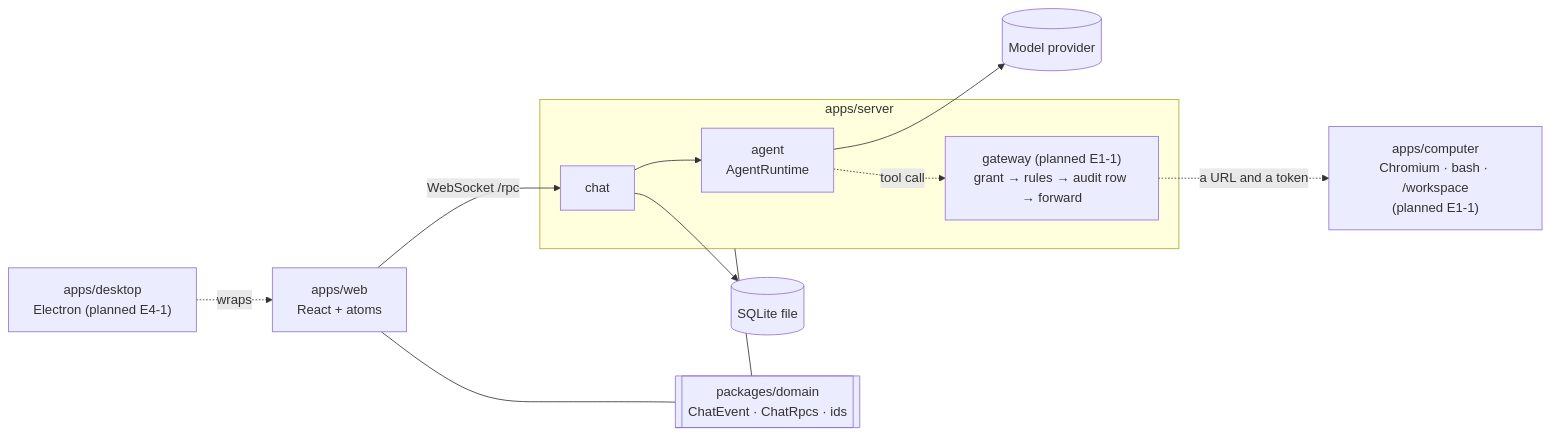
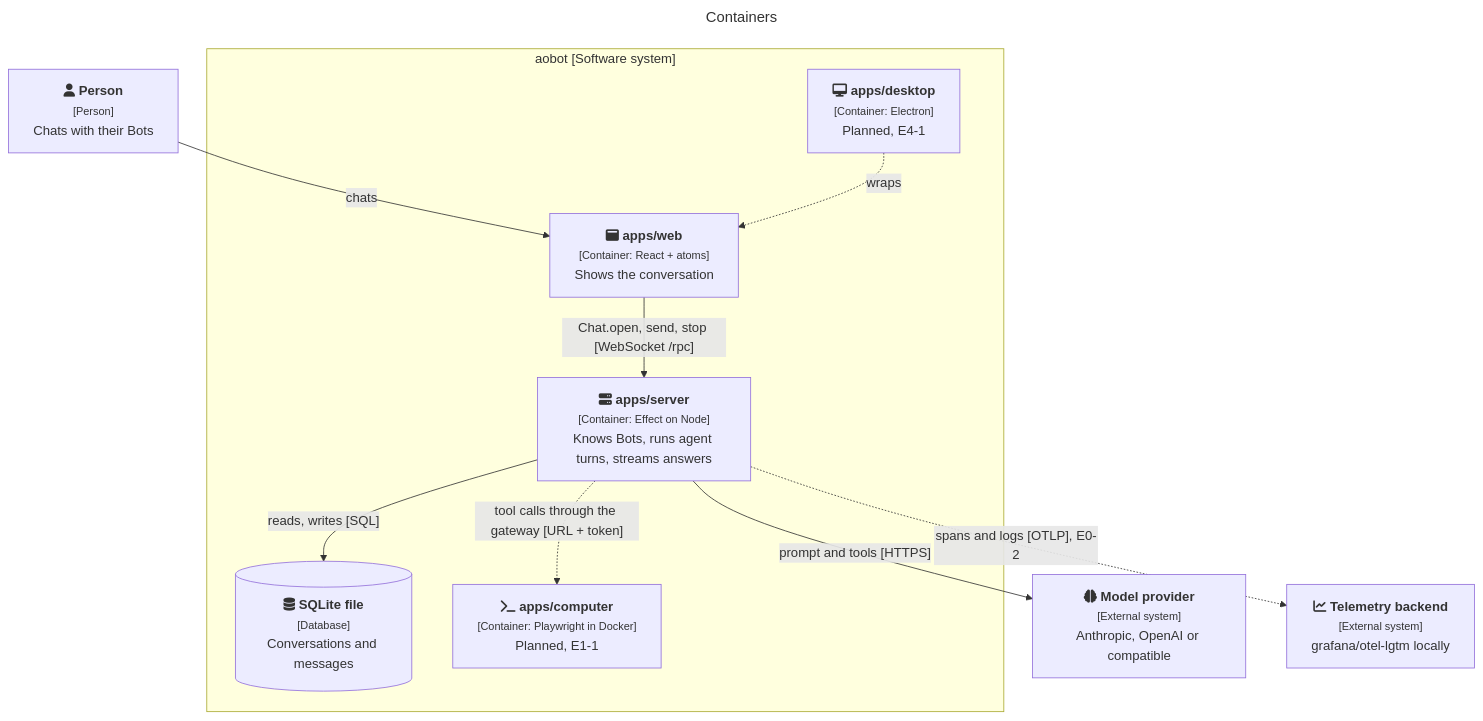
One commit to alexanderop/aobot changed the first of 2 diagrams in docs/arc42/05-building-block-view.md. Above: the diagram before and after it, drawn with Mermaid. The commit also changed other lines of this file, not shown here.

Commit message:
arc42 05: C4 container diagram and a component diagram of the server
The component diagram mirrors the server graph in policy.ts: solid arrows are
imports that exist today, dashed ones are allowed and planned.

````diff
--- a/docs/arc42/05-building-block-view.md
+++ b/docs/arc42/05-building-block-view.md
@@ -10,24 +13,29 @@
 ```mermaid
-flowchart LR
-  web["apps/web<br/>React + atoms"]
-  desktop["apps/desktop<br/>Electron (planned E4-1)"]
-  subgraph server ["apps/server"]
-    chat[chat]
-    agent["agent<br/>AgentRuntime"]
-    gateway["gateway (planned E1-1)<br/>grant → rules → audit row → forward"]
+---
+title: Containers
+---
+flowchart TB
+  person["fa:fa-user <b>Person</b><br/><small>[Person]</small><br/>Chats with their Bots"]
+  subgraph aobot ["aobot [Software system]"]
+    desktop["fa:fa-desktop <b>apps/desktop</b><br/><small>[Container: Electron]</small><br/>Planned, E4-1"]
+    web["fa:fa-window-maximize <b>apps/web</b><br/><small>[Container: React + atoms]</small><br/>Shows the conversation"]
+    server["fa:fa-server <b>apps/server</b><br/><small>[Container: Effect on Node]</small><br/>Knows Bots, runs agent turns, streams answers"]
+    db[("fa:fa-database <b>SQLite file</b><br/><small>[Database]</small><br/>Conversations and messages")]
+    computer["fa:fa-terminal <b>apps/computer</b><br/><small>[Container: Playwright in Docker]</small><br/>Planned, E1-1"]
   end
-  computer["apps/computer<br/>Chromium · bash · /workspace<br/>(planned E1-1)"]
-  domain[["packages/domain<br/>ChatEvent · ChatRpcs · ids"]]
-  db[("SQLite file")]
-  model[(Model provider)]
+  model["fa:fa-brain <b>Model provider</b><br/><small>[External system]</small><br/>Anthropic, OpenAI or compatible"]
+  grafana["fa:fa-chart-line <b>Telemetry backend</b><br/><small>[External system]</small><br/>grafana/otel-lgtm locally"]
 
-  desktop -. wraps .-> web
-  web -- "WebSocket /rpc" --> chat
-  chat --> agent
-  agent --> model
-  agent -. "tool call" .-> gateway
-  gateway -. "a URL and a token" .-> computer
-  chat --> db
-  web --- domain
-  server --- domain
+  person -- "chats" --> web
+  desktop -. "wraps" .-> web
+  web -- "Chat.open, send, stop [WebSocket /rpc]" --> server
+  server -- "reads, writes [SQL]" --> db
+  server -- "prompt and tools [HTTPS]" --> model
+  server -. "tool calls through the gateway [URL + token]" .-> computer
+  server -. "spans and logs [OTLP], E0-2" .-> grafana
+
+  class web,server,db built
+  class desktop,computer planned
+  class person,model,grafana external
+  class aobot boundary
 ```
````
